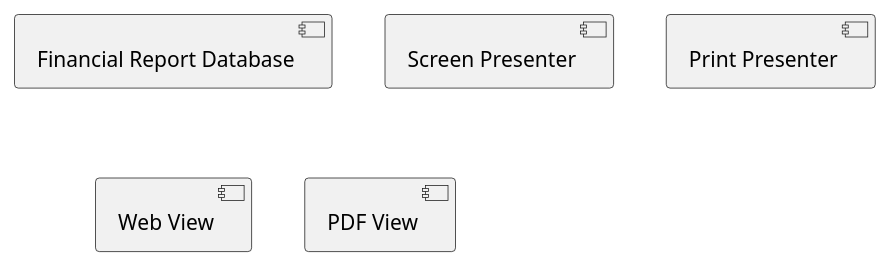
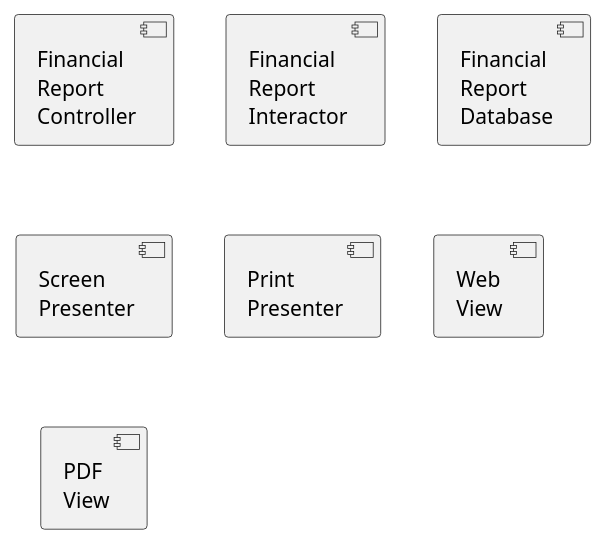
Before and after one commit to huland/logseq-notes: the fourth of 4 diagrams in pages/Robert C. Martin - Clean Architecture A Craftsman's Guide to Software Structure and Design.md, drawn with PlantUML.

Commit message:
[logseq-plugin-git:commit] 2023-08-11T07:43:27.506Z

```diff
--- a/pages/Robert C. Martin - Clean Architecture A Craftsman's Guide to Software Structure and Design.md
+++ b/pages/Robert C. Martin - Clean Architecture A Craftsman's Guide to Software Structure and Design.md
@@ -298,14 +298,14 @@
 					  @startuml
 					  
-					  component "Financial Report Controller" as financial_report_controller
-					   component "Financial Report Interactor" as financial_report_controller
-					   component "Financial Report Database" as financial_report_controller
-					   component "Screen Presenter" as screen_presenter
-					   component "Print Presenter" as print_presenter
-					   component "Web View" as web_view
-					   component "PDF View" as pdf_view
+					  component "Financial \nReport \nController" as financial_report_controller
+					   component "Financial \nReport \nInteractor" as financial_report_interactor
+					   component "Financial \nReport \nDatabase" as financial_report_database
+					   component "Screen \nPresenter" as screen_presenter
+					   component "Print \nPresenter" as print_presenter
+					   component "Web \nView" as web_view
+					   component "PDF \nView" as pdf_view
 					   
 					  
 					  
 					  
 					  @enduml
```
